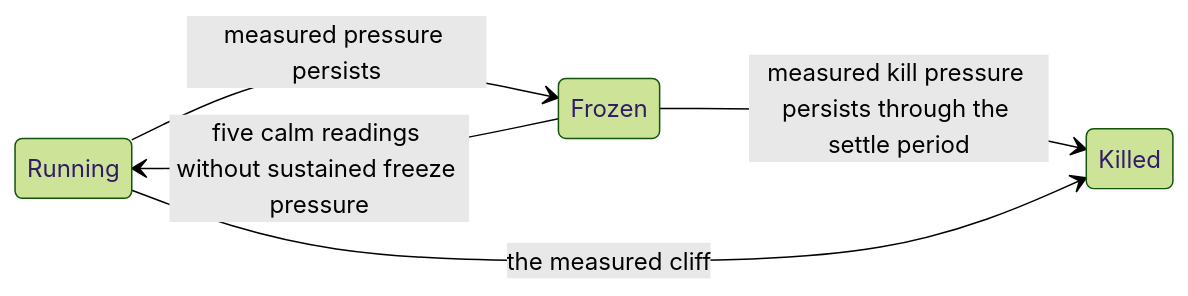
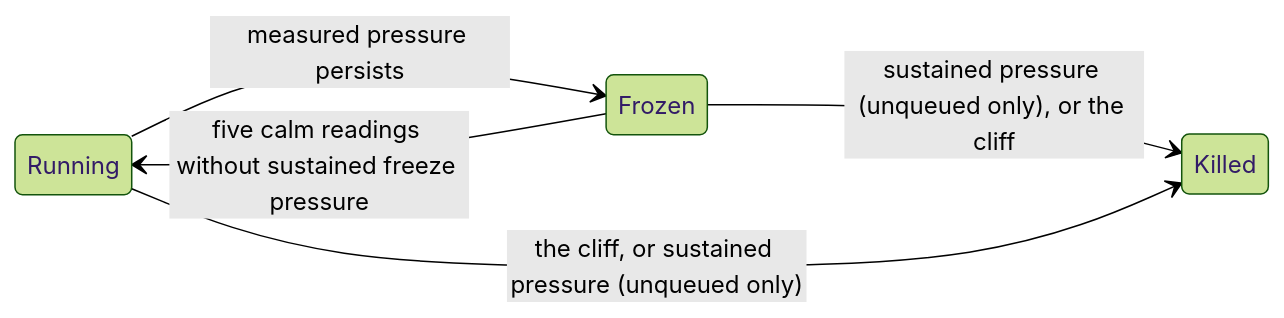
Before and after one commit to DivMode/membrake: the diagram in README.md, drawn with Mermaid (forest theme). The commit also changed other lines of this file and 3 other files, not shown here.

````diff
--- a/README.md
+++ b/README.md
@@ -87,8 +88,8 @@
 ```mermaid
 stateDiagram-v2
     direction LR
     Running --> Frozen: measured pressure persists
     Frozen --> Running: five calm readings without sustained freeze pressure
-    Frozen --> Killed: measured kill pressure persists through the settle period
-    Running --> Killed: the measured cliff
+    Frozen --> Killed: sustained pressure (unqueued only), or the cliff
+    Running --> Killed: the cliff, or sustained pressure (unqueued only)
 ```
````
